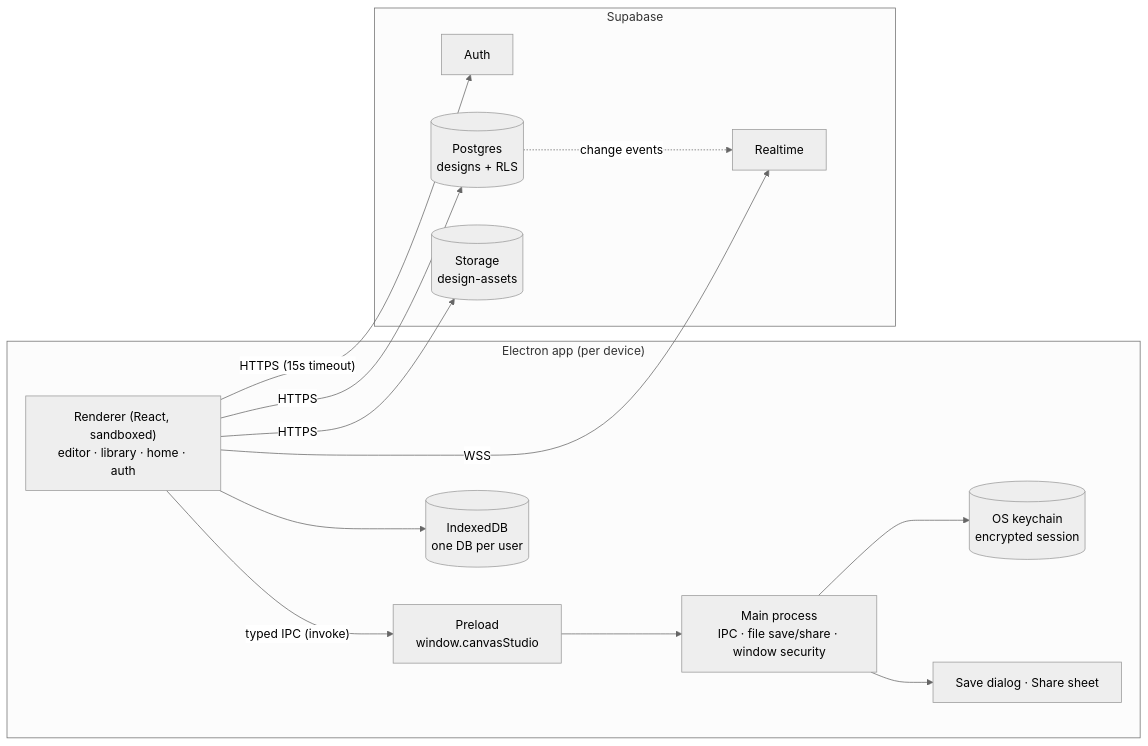
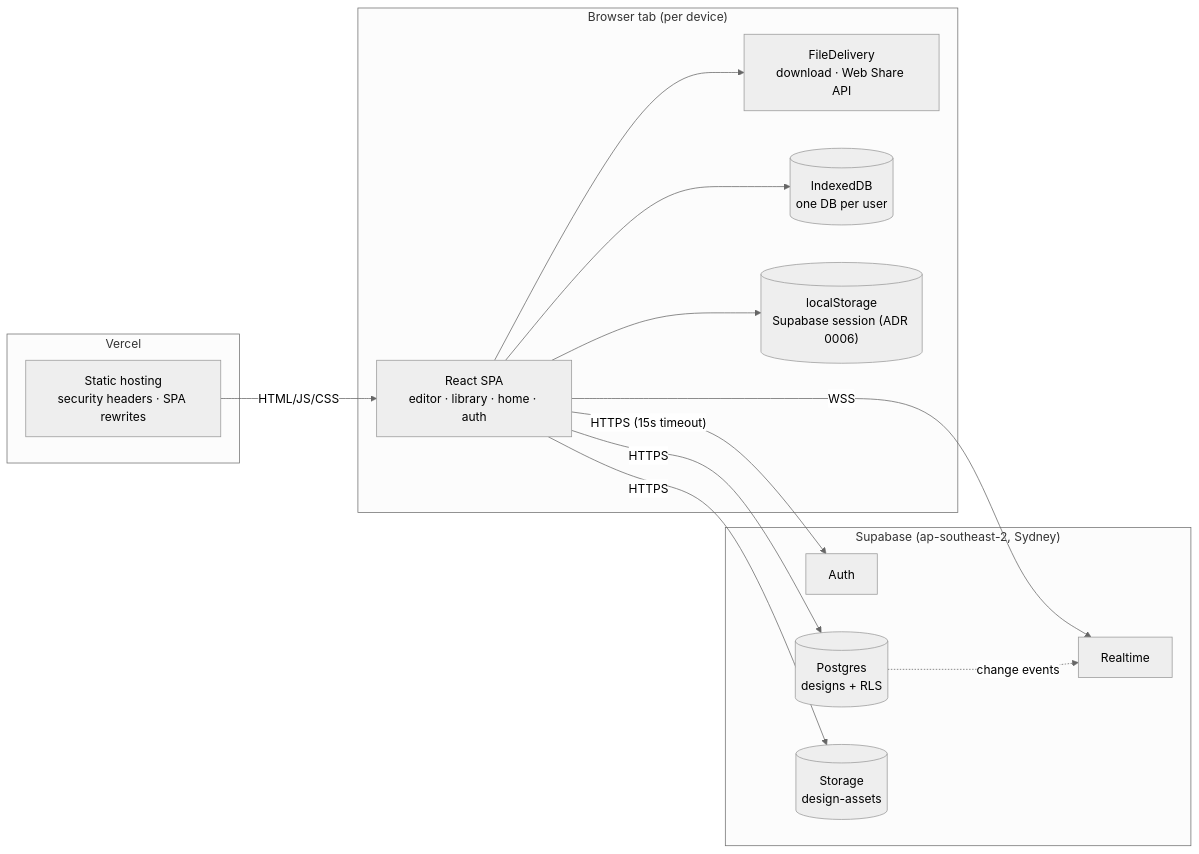
The first of 2 diagrams in docs/architecture.md (Jermayy/Canva-Studio), drawn with Mermaid (neutral theme) before and after one commit. The commit also changed other lines of this file and 200 other files, not shown here.

First line of the commit message:
feat!: convert desktop app to a web app hosted on Vercel

````diff
--- a/docs/architecture.md
+++ b/docs/architecture.md
@@ -5,25 +5,27 @@
 ```mermaid
 flowchart LR
-  subgraph Desktop["Electron app (per device)"]
-    R["Renderer (React, sandboxed)<br/>editor · library · home · auth"]
-    P["Preload<br/>window.canvasStudio"]
-    M["Main process<br/>IPC · file save/share · window security"]
+  subgraph Browser["Browser tab (per device)"]
+    UI["React SPA<br/>editor · library · home · auth"]
+    FD["FileDelivery<br/>download · Web Share API"]
     IDB[("IndexedDB<br/>one DB per user")]
-    KC[("OS keychain<br/>encrypted session")]
-    R -- "typed IPC (invoke)" --> P --> M
-    R --> IDB
-    M --> KC
-    M --> OS["Save dialog · Share sheet"]
+    LS[("localStorage<br/>Supabase session (ADR 0006)")]
+    UI --> FD
+    UI --> IDB
+    UI --> LS
   end
-  subgraph Supabase
+  subgraph Vercel
+    CDN["Static hosting<br/>security headers · SPA rewrites"]
+  end
+  subgraph Supabase["Supabase (ap-southeast-2, Sydney)"]
     AUTH["Auth"]
     PG[("Postgres<br/>designs + RLS")]
     RT["Realtime"]
     ST[("Storage<br/>design-assets")]
   end
-  R -- "HTTPS (15s timeout)" --> AUTH
-  R -- "HTTPS" --> PG
-  R -- "WSS" --> RT
-  R -- "HTTPS" --> ST
+  CDN -- "HTML/JS/CSS" --> UI
+  UI -- "HTTPS (15s timeout)" --> AUTH
+  UI -- "HTTPS" --> PG
+  UI -- "WSS" --> RT
+  UI -- "HTTPS" --> ST
   PG -. "change events" .-> RT
 ```
````
